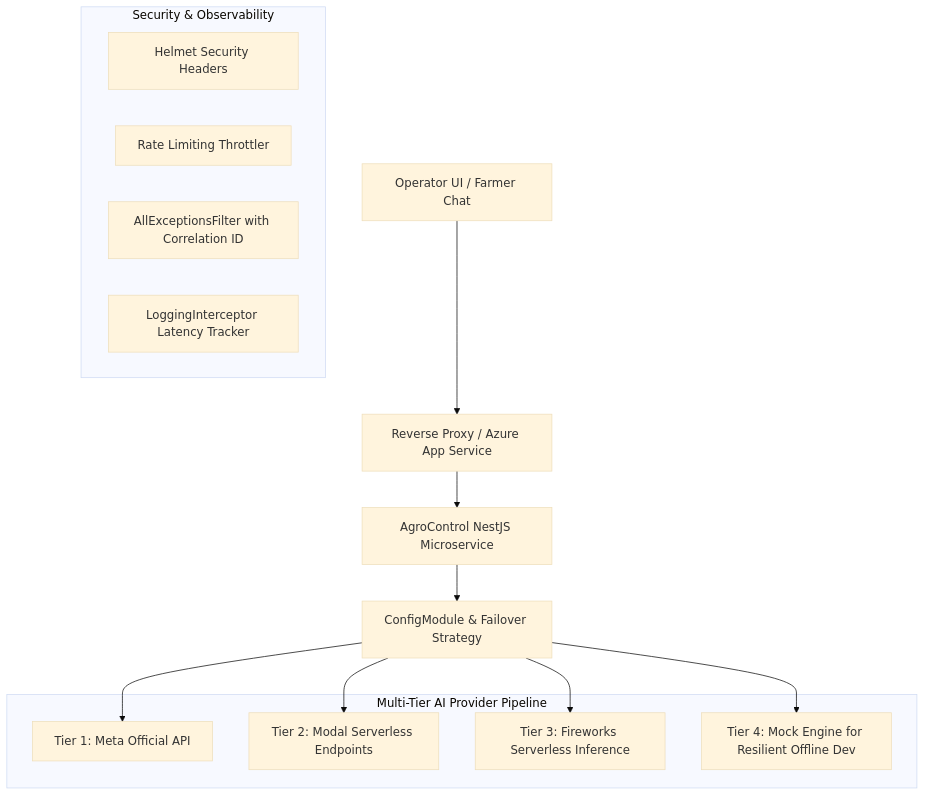
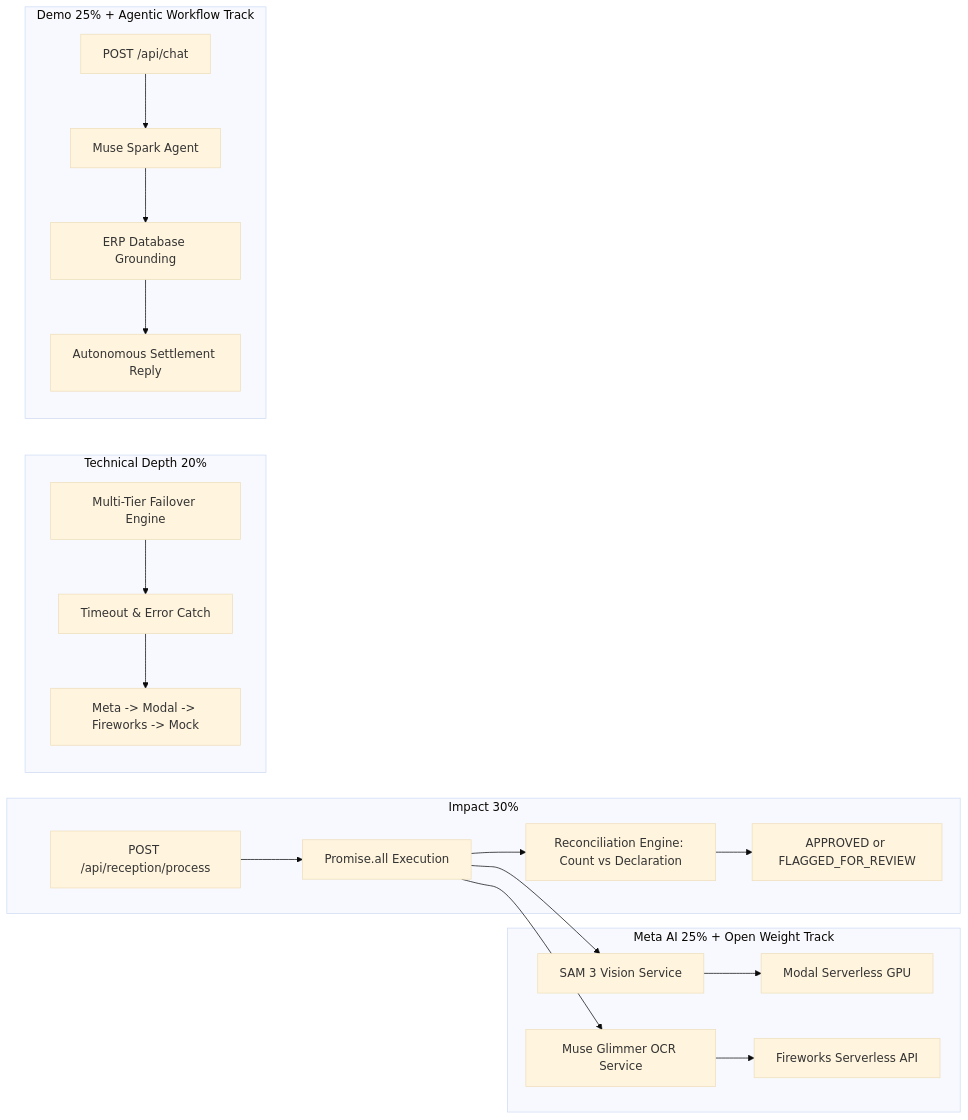
Before and after one commit to fuentesbusco/agrocontrol-meta-ia-engine: the diagram in SPEC.md, drawn with Mermaid (base theme). The commit also changed other lines of this file and 9 other files, not shown here.

Commit message:
feat: add hackathon submission materials, 1-command demo replay, and Meta AI provider configs

````diff
--- a/SPEC.md
+++ b/SPEC.md
@@ -6,26 +5,26 @@
 ```mermaid
-graph TD
-    Client[Operator UI / Farmer Chat] --> Ingress[Reverse Proxy / Azure App Service]
-    Ingress --> NestApp[AgroControl NestJS Microservice]
-    
-    subgraph Security & Observability
-        Helmet[Helmet Security Headers]
-        Throttler[Rate Limiting Throttler]
-        Filter[AllExceptionsFilter with Correlation ID]
-        Interceptor[LoggingInterceptor Latency Tracker]
+graph LR
+    subgraph Impact 30%
+        Endpoint[POST /api/reception/process] --> Concurrency[Promise.all Execution]
+        Concurrency --> Reconciliation[Reconciliation Engine: Count vs Declaration]
+        Reconciliation --> ERPStatus[APPROVED or FLAGGED_FOR_REVIEW]
     end
-    
-    NestApp --> ConfigModule[ConfigModule & Failover Strategy]
-    
-    subgraph Multi-Tier AI Provider Pipeline
-        MetaAPI[Tier 1: Meta Official API]
-        ModalGPU[Tier 2: Modal Serverless Endpoints]
-        Fireworks[Tier 3: Fireworks Serverless Inference]
-        MockProvider[Tier 4: Mock Engine for Resilient Offline Dev]
+
+    subgraph Meta AI 25% + Open Weight Track
+        Concurrency --> SAM3[SAM 3 Vision Service]
+        Concurrency --> MuseGlimmer[Muse Glimmer OCR Service]
+        SAM3 --> ModalEndpoint[Modal Serverless GPU]
+        MuseGlimmer --> FireworksEndpoint[Fireworks Serverless API]
     end
-    
-    ConfigModule --> MetaAPI
-    ConfigModule --> ModalGPU
-    ConfigModule --> Fireworks
-    ConfigModule --> MockProvider
+
+    subgraph Technical Depth 20%
+        Failover[Multi-Tier Failover Engine] --> CircuitBreaker[Timeout & Error Catch]
+        CircuitBreaker --> FallbackProvider[Meta -> Modal -> Fireworks -> Mock]
+    end
+
+    subgraph Demo 25% + Agentic Workflow Track
+        GrowerQuery[POST /api/chat] --> MuseSpark[Muse Spark Agent]
+        MuseSpark --> RAGContext[ERP Database Grounding]
+        RAGContext --> Decision[Autonomous Settlement Reply]
+    end
 ```
````
